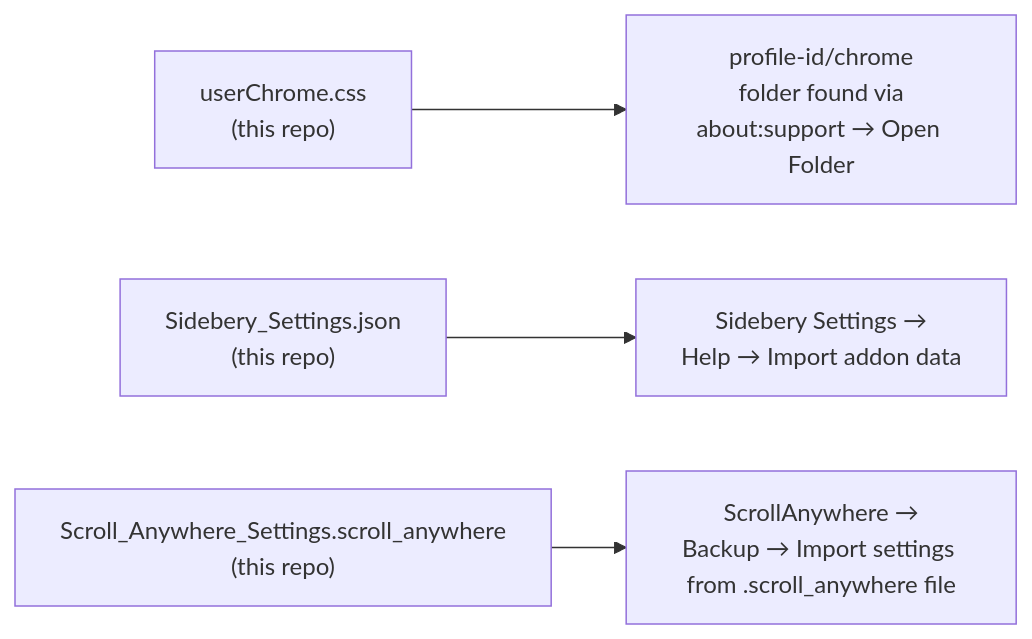
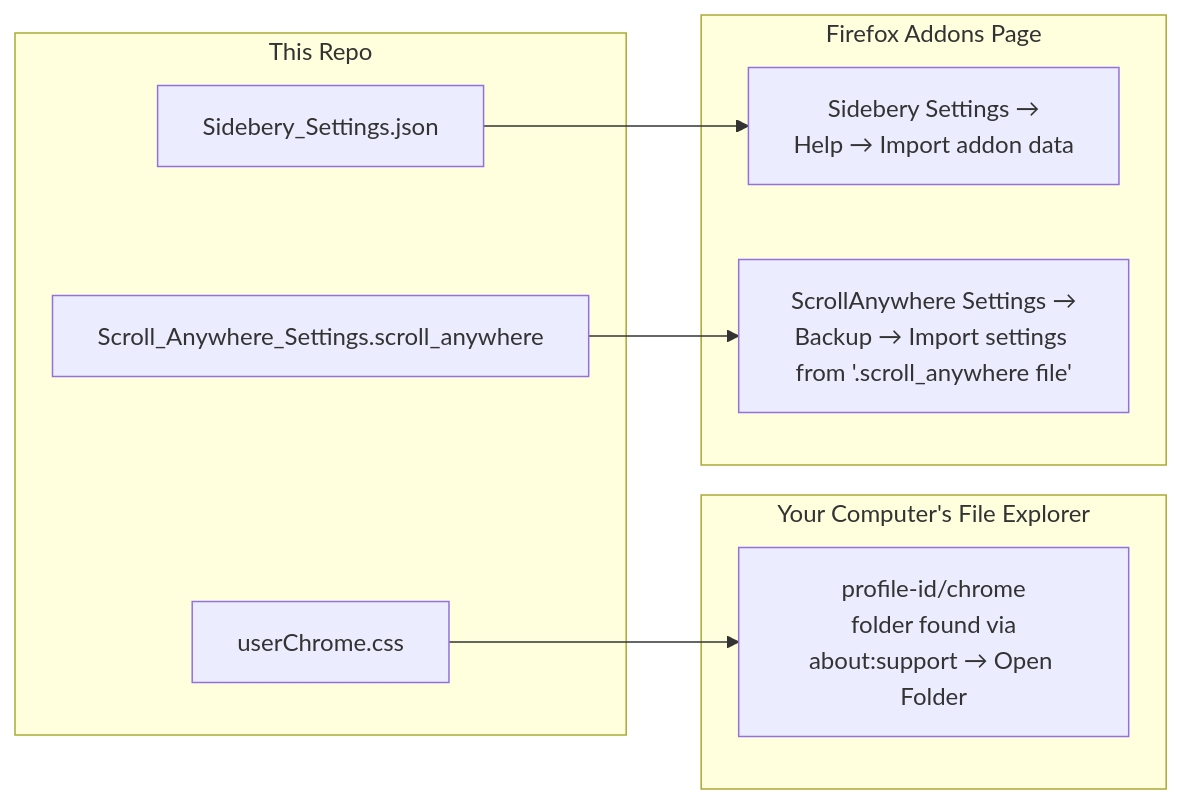
Before and after one commit to Yeove/FirefoxTweaks: the diagram in README.md, drawn with Mermaid.

Commit message:
Fixing Mermaid Graph Stuff

````diff
--- a/README.md
+++ b/README.md
@@ -8,6 +8,18 @@
 ```mermaid
 flowchart LR
-    A["userChrome.css<br/>(this repo)"] --> B["profile-id/chrome<br>folder found via<br>about:support → Open Folder"]
-    C["Sidebery_Settings.json<br/>(this repo)"] --> D["Sidebery Settings →<br/>Help → Import addon data"]
-    E["Scroll_Anywhere_Settings.scroll_anywhere<br/>(this repo)"] --> F["ScrollAnywhere →<br/>Backup → Import settings from ".scroll_anywhere file""]
+    subgraph repo["This Repo"]
+        A["userChrome.css"]
+        E["Sidebery_Settings.json"]
+        C["Scroll_Anywhere_Settings.scroll_anywhere"]
+    end
+    subgraph ProfileIDFolder["Your Computer's File Explorer"]
+        B["profile-id/chrome<br>folder found via<br>about:support → Open Folder"]
+    end
+    subgraph FirefoxBrowser["Firefox Addons Page"]
+        D["Sidebery Settings →<br/>Help → Import addon data"]
+        F["ScrollAnywhere Settings →<br/>Backup → Import settings from '.scroll_anywhere file'"]
+    end
+    A --> B
+    E --> D
+    C --> F
 ```
````
